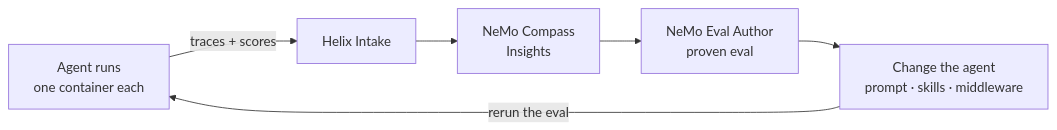
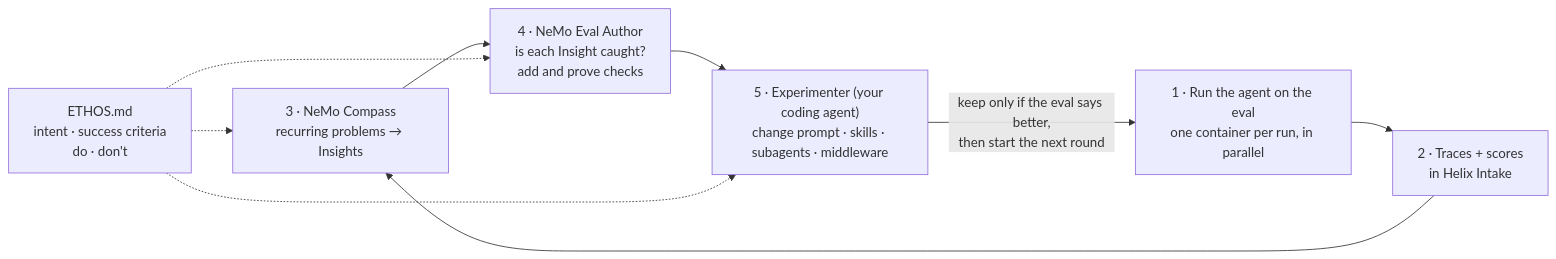
The first of 2 diagrams in examples/tools/cae-freecad-agent-harness-optimization/README.md (NVIDIA/nemoclaw-community), drawn with Mermaid before and after one commit. The commit also changed other lines of this file and 1 other file, not shown here.

````diff
--- a/examples/tools/cae-freecad-agent-harness-optimization/README.md
+++ b/examples/tools/cae-freecad-agent-harness-optimization/README.md
@@ -76,8 +85,14 @@
 ```mermaid
 flowchart LR
-  A[Agent runs<br/>one container each] -->|traces + scores| B[Helix Intake]
-  B --> C[NeMo Compass<br/>Insights]
-  C --> D[NeMo Eval Author<br/>proven eval]
-  D --> E[Change the agent<br/>prompt · skills · middleware]
-  E -->|rerun the eval| A
+  E["ETHOS.md<br/>intent · success criteria<br/>do · don't"]
+  R["1 · Run the agent on the eval<br/>one container per run, in parallel"]
+  T["2 · Traces + scores<br/>in Helix Intake"]
+  C["3 · NeMo Compass<br/>recurring problems → Insights"]
+  A["4 · NeMo Eval Author<br/>is each Insight caught?<br/>add and prove checks"]
+  X["5 · Experimenter (your coding agent)<br/>change prompt · skills · subagents · middleware"]
+  R --> T --> C --> A --> X
+  X -- "keep only if the eval says better,<br/>then start the next round" --> R
+  E -.-> C
+  E -.-> A
+  E -.-> X
 ```
````
